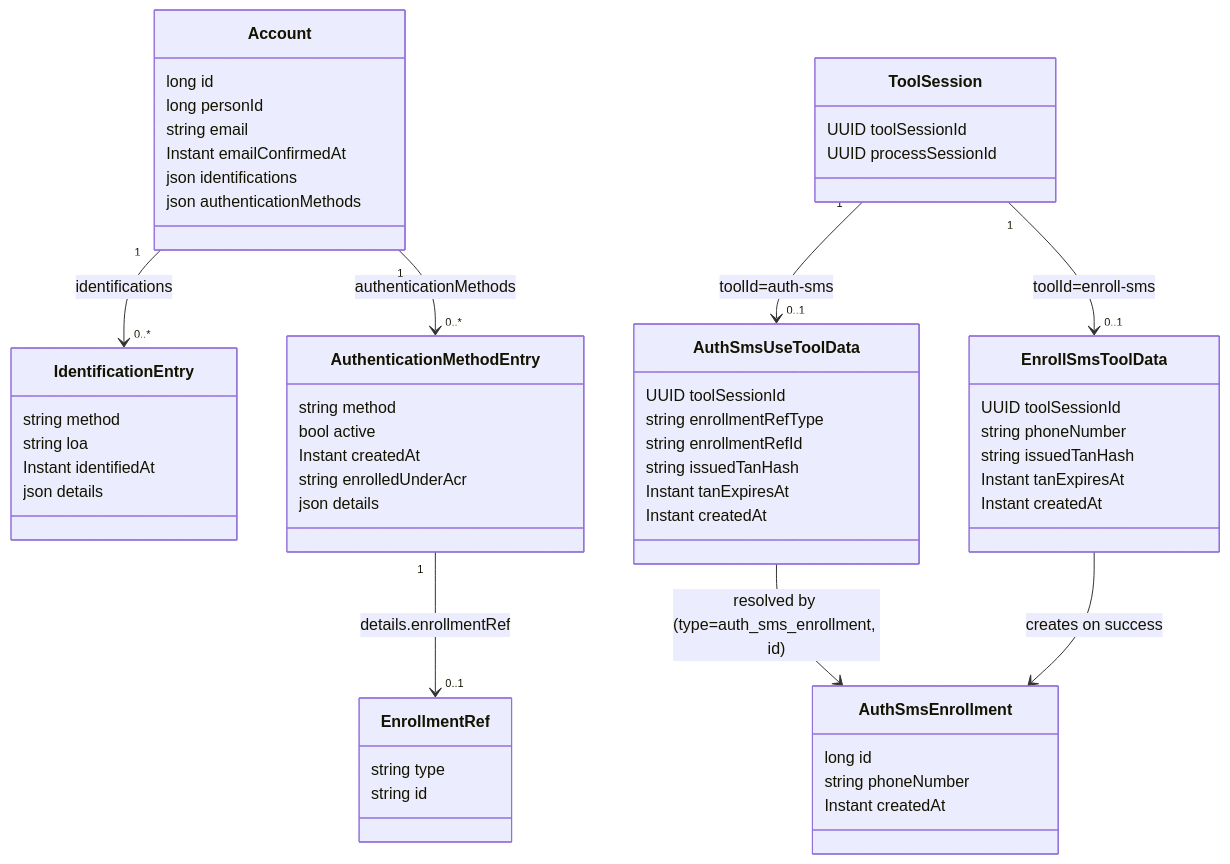
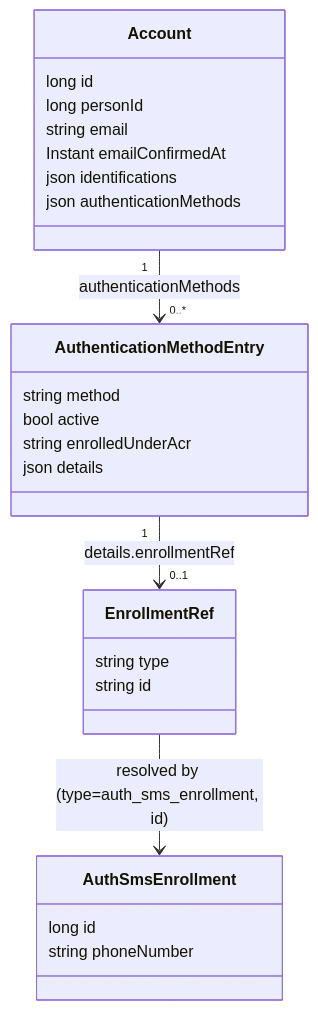
The diagram in docs/06-ablaeufe.md (rpreissel/DPoP-demo), drawn with Mermaid before and after one commit. The commit also changed other lines of this file and 6 other files, not shown here.

````diff
--- a/docs/06-ablaeufe.md
+++ b/docs/06-ablaeufe.md
@@ -21,67 +11,29 @@
 ```mermaid
 classDiagram
   class Account {
     long id
     long personId
     string email
     Instant emailConfirmedAt
     json identifications
     json authenticationMethods
   }
-
-  class IdentificationEntry {
-    string method
-    string loa
-    Instant identifiedAt
-    json details
-  }
-
   class AuthenticationMethodEntry {
     string method
     bool active
-    Instant createdAt
     string enrolledUnderAcr
     json details
   }
-
   class EnrollmentRef {
     string type
     string id
   }
-
-  class ToolSession {
-    UUID toolSessionId
-    UUID processSessionId
-  }
-
-  class AuthSmsUseToolData {
-    UUID toolSessionId
-    string enrollmentRefType
-    string enrollmentRefId
-    string issuedTanHash
-    Instant tanExpiresAt
-    Instant createdAt
-  }
-
-  class EnrollSmsToolData {
-    UUID toolSessionId
-    string phoneNumber
-    string issuedTanHash
-    Instant tanExpiresAt
-    Instant createdAt
-  }
-
   class AuthSmsEnrollment {
     long id
     string phoneNumber
-    Instant createdAt
   }
 
-  Account "1" --> "0..*" IdentificationEntry : identifications
   Account "1" --> "0..*" AuthenticationMethodEntry : authenticationMethods
   AuthenticationMethodEntry "1" --> "0..1" EnrollmentRef : details.enrollmentRef
-  ToolSession "1" --> "0..1" AuthSmsUseToolData : toolId=auth-sms
-  ToolSession "1" --> "0..1" EnrollSmsToolData : toolId=enroll-sms
-  AuthSmsUseToolData --> AuthSmsEnrollment : resolved by (type=auth_sms_enrollment, id)
-  EnrollSmsToolData --> AuthSmsEnrollment : creates on success
+  EnrollmentRef --> AuthSmsEnrollment : resolved by (type=auth_sms_enrollment, id)
 ```
````
